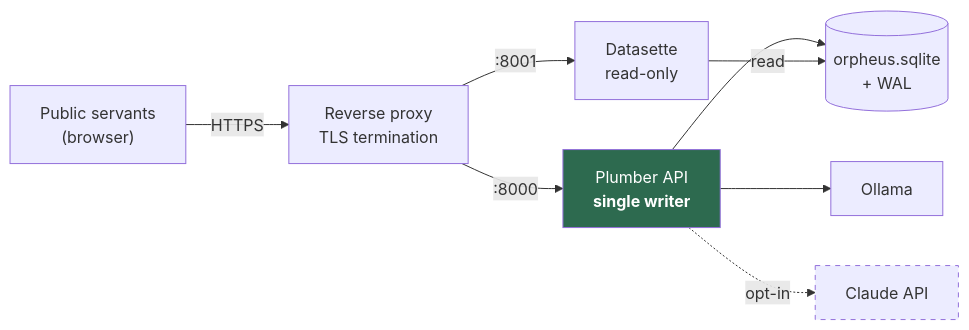
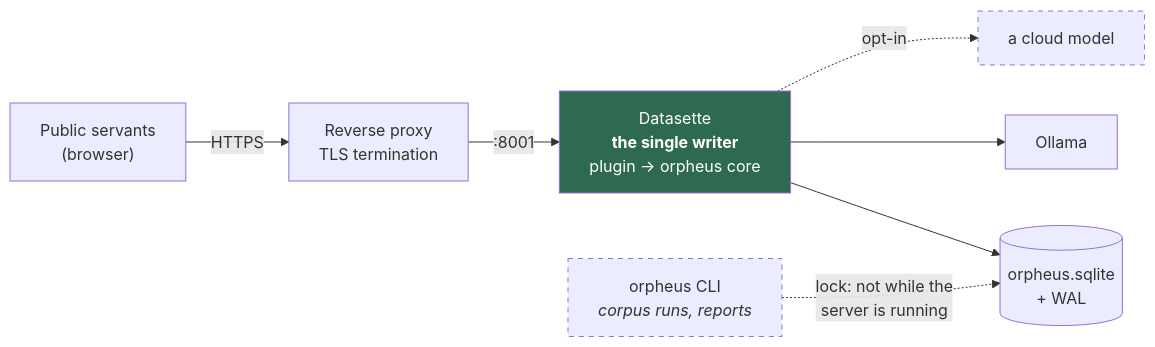
The diagram in docs/deployment.md (CathalByrneGit/Orpheus), drawn with Mermaid before and after one commit. The commit also changed other lines of this file and 18 other files, not shown here.

````diff
--- a/docs/deployment.md
+++ b/docs/deployment.md
@@ -8,13 +8,13 @@
 ```mermaid
 flowchart LR
   U["Public servants<br/>(browser)"] -->|HTTPS| RP["Reverse proxy<br/>TLS termination"]
-  RP -->|":8000"| API["Plumber API<br/><b>single writer</b>"]
-  RP -->|":8001"| DS["Datasette<br/>read-only"]
-  API --> DB[("orpheus.sqlite<br/>+ WAL")]
-  DS -->|read| DB
-  API --> OLL["Ollama"]
-  API -.->|opt-in| CL["Claude API"]
+  RP -->|":8001"| DS["Datasette<br/><b>the single writer</b><br/>plugin → orpheus core"]
+  DS --> DB[("orpheus.sqlite<br/>+ WAL")]
+  DS --> OLL["Ollama"]
+  DS -.->|opt-in| CL["a cloud model"]
+  CLI["orpheus CLI<br/><i>corpus runs, reports</i>"] -.->|"lock: not while the<br/>server is running"| DB
 
-  style API fill:#2d6a4f,color:#fff
+  style DS fill:#2d6a4f,color:#fff
   style CL stroke-dasharray: 5 5
+  style CLI stroke-dasharray: 5 5
 ```
````
